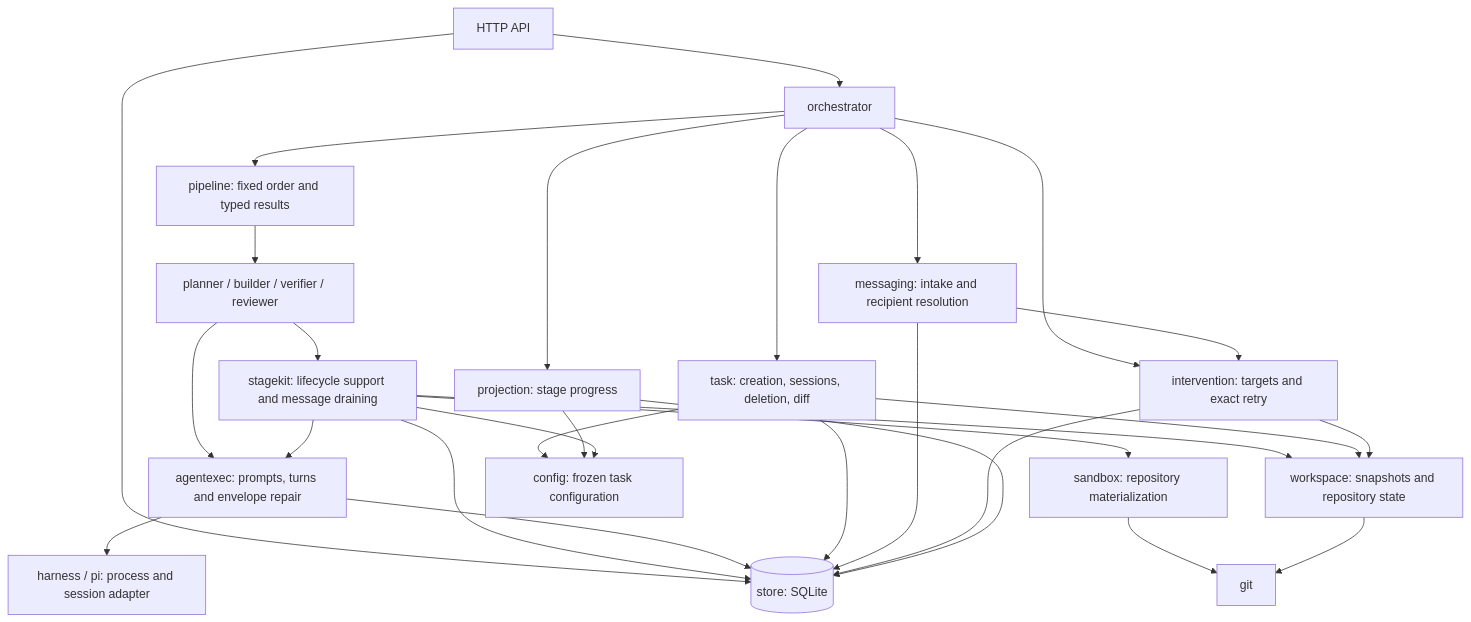
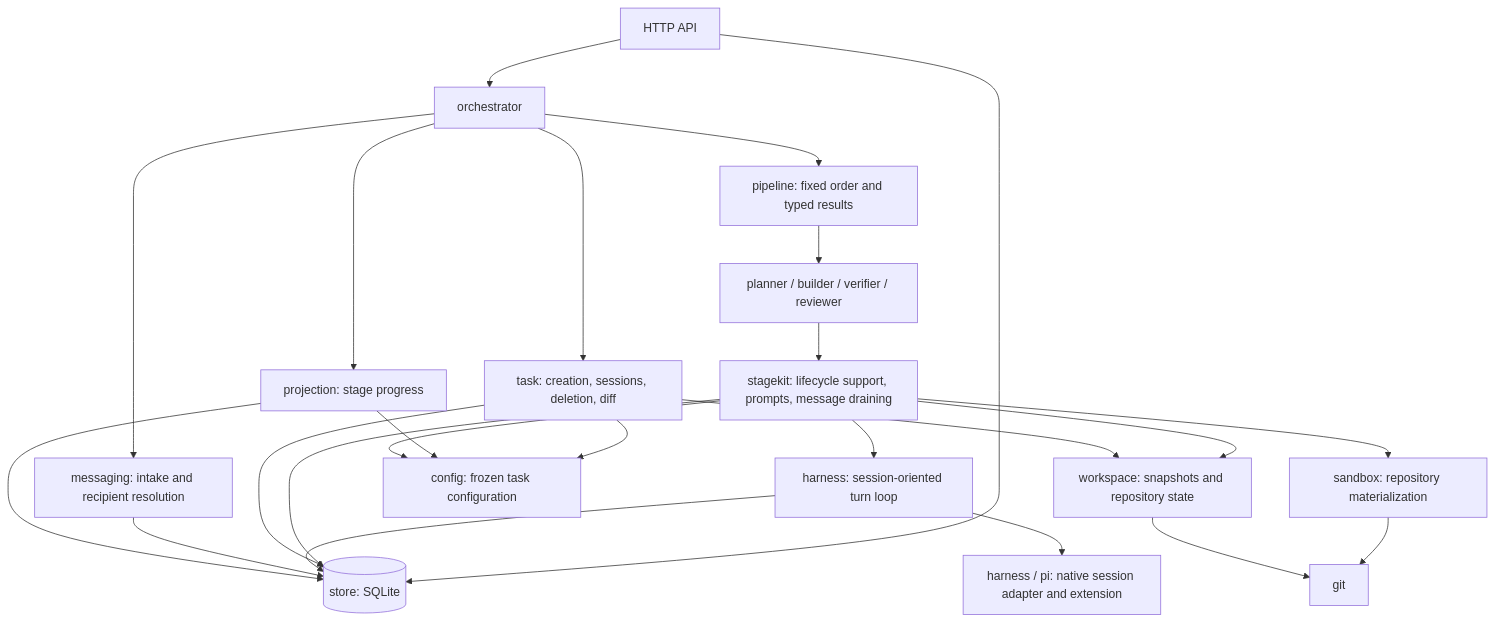
Before and after one commit to jurabek/software-factory: the diagram in daemon/REFACTORING.md, drawn with Mermaid. The commit also changed other lines of this file and 80 other files, not shown here.

````diff
--- a/daemon/REFACTORING.md
+++ b/daemon/REFACTORING.md
@@ -5,31 +5,26 @@
 ```mermaid
 flowchart TD
     API[HTTP API] --> O[orchestrator]
     API --> DB[(store: SQLite)]
     O --> T[task: creation, sessions, deletion, diff]
     O --> M[messaging: intake and recipient resolution]
-    O --> I[intervention: targets and exact retry]
     O --> V[projection: stage progress]
     O --> P[pipeline: fixed order and typed results]
     P --> S[planner / builder / verifier / reviewer]
-    S --> K[stagekit: lifecycle support and message draining]
-    S --> E[agentexec: prompts, turns and envelope repair]
-    K --> E
-    E --> H[harness / pi: process and session adapter]
+    S --> K[stagekit: lifecycle support, prompts, message draining]
+    K --> H[harness: session-oriented turn loop]
+    H --> E[harness / pi: native session adapter and extension]
     K --> W[workspace: snapshots and repository state]
     K --> B[sandbox: repository materialization]
     B --> G[git]
     W --> G
     T --> W
-    M --> I
-    I --> W
     T --> C[config: frozen task configuration]
     V --> C
     K --> C
     K --> DB
-    E --> DB
+    H --> DB
     T --> DB
     M --> DB
-    I --> DB
     V --> DB
 ```
````
